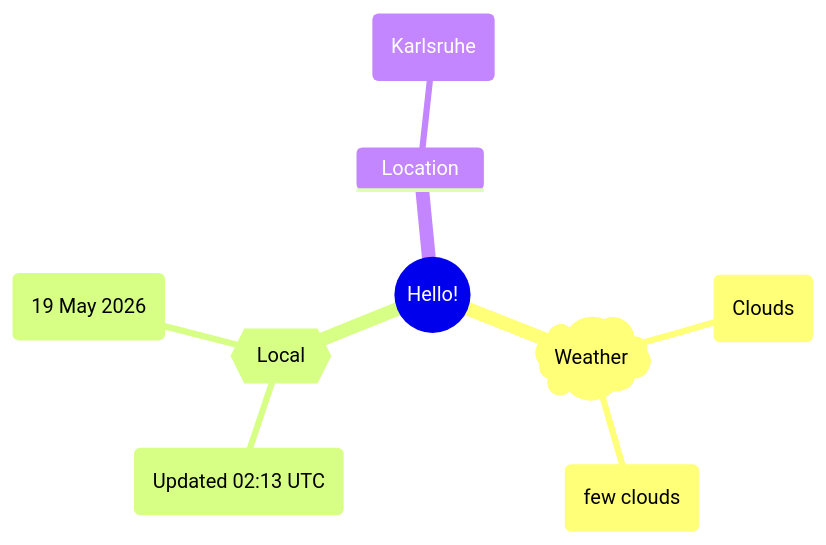
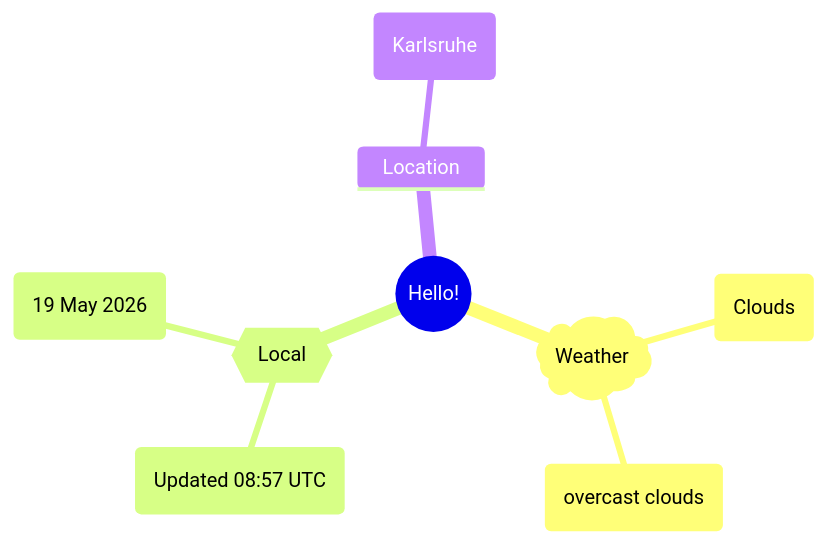
One commit to Xosrov/Xosrov changed the first of 2 diagrams in README.md. Above: the diagram before and after it, drawn with Mermaid.

Commit message:
[bot] updated images

````diff
--- a/README.md
+++ b/README.md
@@ -3,12 +3,12 @@
 ```mermaid
 mindmap
   root((Hello!))
     )Weather(
         (Clouds)
-        (few clouds)
+        (overcast clouds)
     {{Local}}
-        (Updated 02:13 UTC)
+        (Updated 08:57 UTC)
         (19 May 2026)
     Location
         (Karlsruhe)
 ```
````
